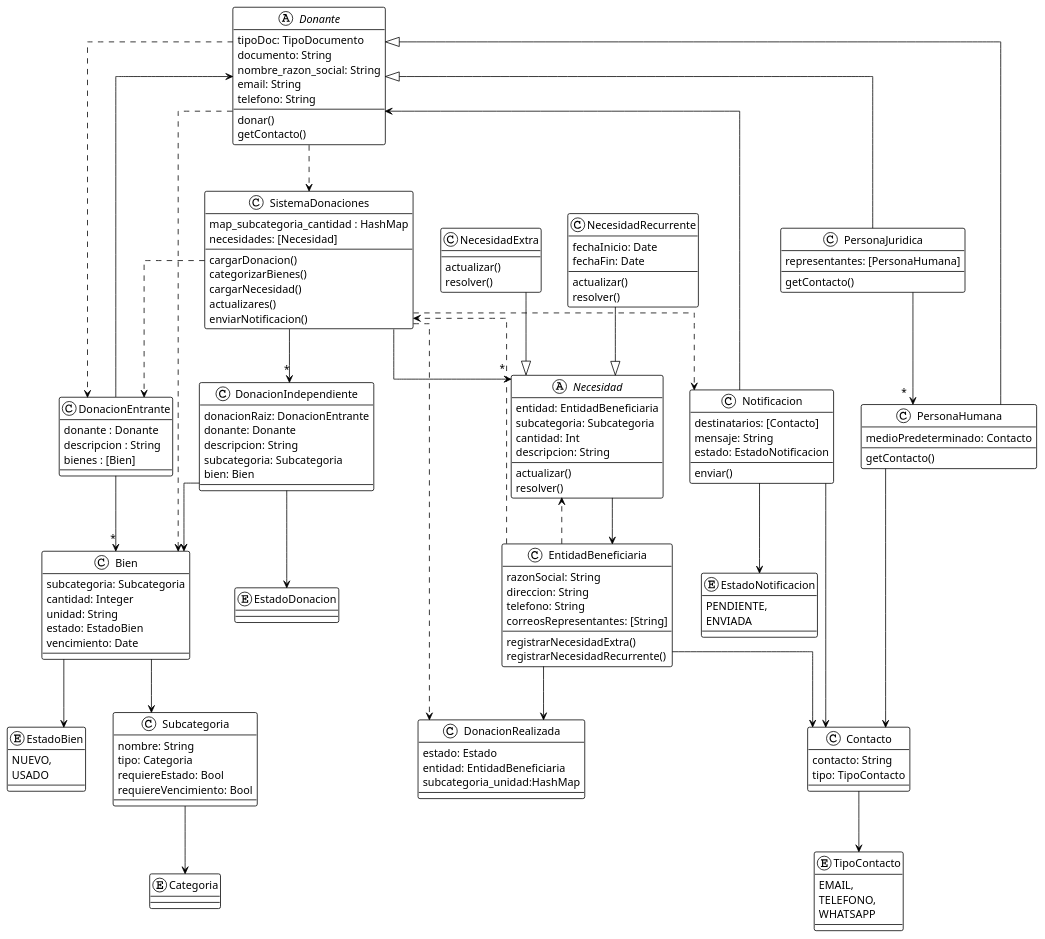
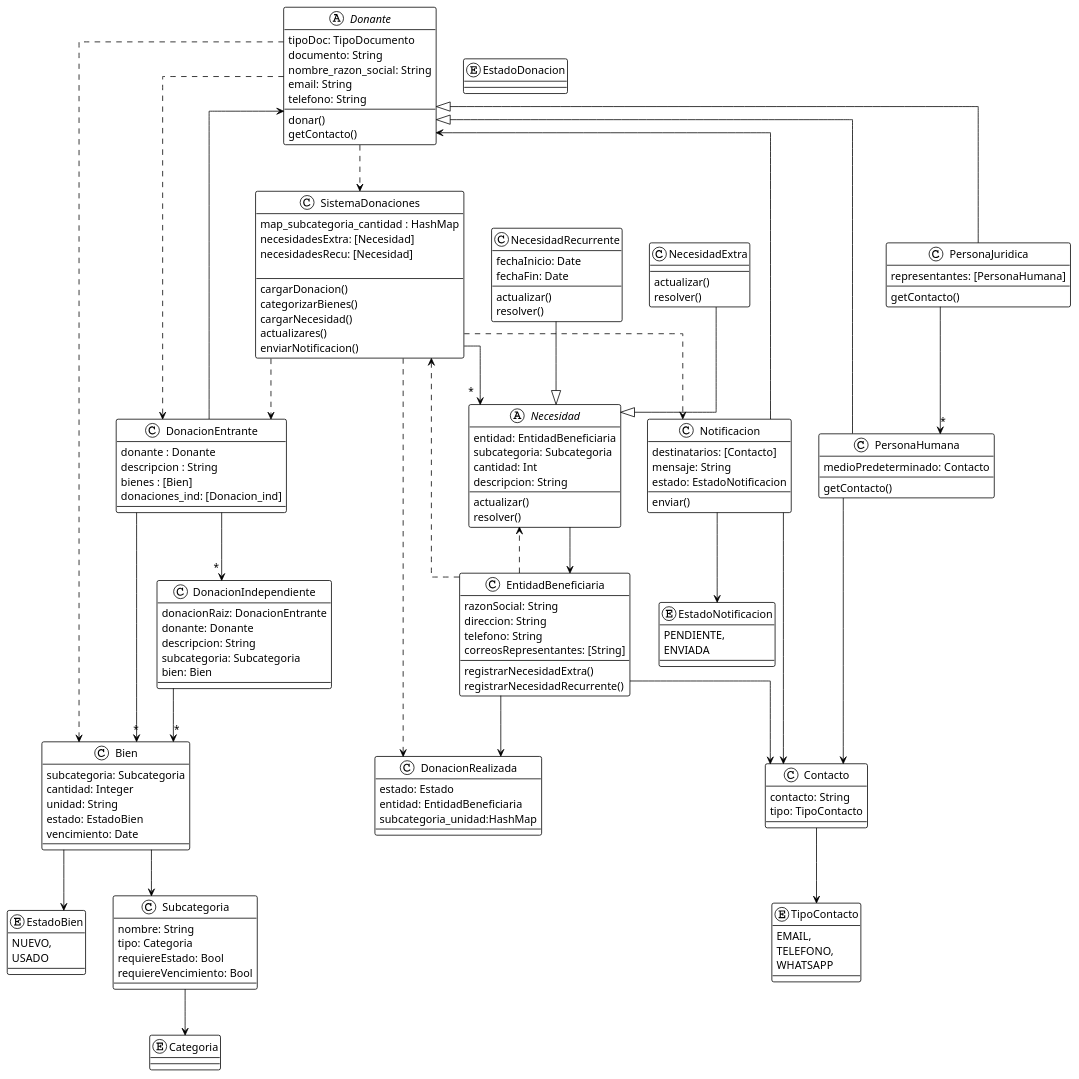
Before and after one commit to santiparis/dona-track: the diagram in diagrama_clases.puml, drawn with PlantUML. The commit also changed 3 other files, not shown here.

Commit message:
Agrego logica de: segmentar a Stock en SistemasDonaciones | Segmentar en donaciones ind. en DonacionEntrante

```diff
--- a/diagrama_clases.puml
+++ b/diagrama_clases.puml
@@ -1,187 +1,191 @@
 @startuml
 !theme plain
 
 skinparam linetype ortho
 
 abstract class Donante{
     tipoDoc: TipoDocumento
     documento: String
     nombre_razon_social: String
     email: String
     telefono: String
     --
     donar()
     getContacto()
 }
 
 class PersonaHumana{
     medioPredeterminado: Contacto
     --
     getContacto()
 }
 
 class PersonaJuridica{
     representantes: [PersonaHumana]
     --
     getContacto()
 }
 
 class Contacto{
     contacto: String
     tipo: TipoContacto
     --
 }
 
 class EntidadBeneficiaria{
     razonSocial: String
     direccion: String
     telefono: String
     correosRepresentantes: [String]
     --
     registrarNecesidadExtra()
     registrarNecesidadRecurrente()
 }
 
 abstract class Necesidad{
     entidad: EntidadBeneficiaria
     subcategoria: Subcategoria
     cantidad: Int
     descripcion: String
     --
     actualizar()
     resolver()
 }
 
 class NecesidadExtra{
     --
     actualizar()
     resolver()
 }
 
 class NecesidadRecurrente{
     fechaInicio: Date
     fechaFin: Date
     --
     actualizar()
     resolver()
 }
 
 class Notificacion{
     destinatarios: [Contacto]
     mensaje: String
     estado: EstadoNotificacion
     --
     enviar()
 }
 
 enum EstadoNotificacion{
     PENDIENTE,
     ENVIADA
 }
 
-'DonacionRecibida del donante
+'DonacionEntrante del donante
 class DonacionEntrante{
     donante : Donante
     descripcion : String
     bienes : [Bien]
+    donaciones_ind: [Donacion_ind]
 }
 
 'Fragentacion de la donacionEntrante
 class DonacionIndependiente{
     donacionRaiz: DonacionEntrante
     donante: Donante
     descripcion: String
     subcategoria: Subcategoria
     bien: Bien
     --
 }
 
-'DonacionRecibida hacia entidades
+'DonacionEntrante hacia entidades
 class DonacionRealizada{
     estado: Estado
     entidad: EntidadBeneficiaria
     subcategoria_unidad:HashMap
 }
 
 enum EstadoDonacion
 
 
 enum TipoContacto{
     EMAIL,
     TELEFONO,
     WHATSAPP
 }
 
 class Subcategoria{
     nombre: String
     tipo: Categoria
     requiereEstado: Bool
     requiereVencimiento: Bool
 }
 
 class Bien{
     subcategoria: Subcategoria
     cantidad: Integer
     unidad: String
     estado: EstadoBien
     vencimiento: Date
 }
 
 enum EstadoBien{
     NUEVO,
     USADO
 }
 
 enum Categoria
 
 
 class SistemaDonaciones{
     map_subcategoria_cantidad : HashMap
-    necesidades: [Necesidad]
+    necesidadesExtra: [Necesidad]
+    necesidadesRecu: [Necesidad]
+
     --
     cargarDonacion()
     categorizarBienes()
     cargarNecesidad()
     actualizares()
     enviarNotificacion()
 }
 
 
 Donante <|-- PersonaJuridica
 Donante <|-- PersonaHumana
 Donante ..> SistemaDonaciones
 Donante ..> DonacionEntrante
 Donante ..> Bien
 PersonaHumana --> Contacto
 Donante <-- DonacionEntrante
 PersonaJuridica --> "*" PersonaHumana
 
 Subcategoria --> Categoria
 Bien --> Subcategoria
 Bien --> EstadoBien
 
-DonacionIndependiente --> EstadoDonacion
+
 DonacionEntrante --> "*" Bien
-DonacionIndependiente --> Bien
+DonacionEntrante --> "*" DonacionIndependiente
+
+DonacionIndependiente --> "*" Bien
 
 SistemaDonaciones ..> DonacionEntrante
-SistemaDonaciones --> "*" DonacionIndependiente
 SistemaDonaciones --> "*" Necesidad
 SistemaDonaciones ..> Notificacion
 SistemaDonaciones ..> DonacionRealizada
 
 EntidadBeneficiaria ..> SistemaDonaciones
 EntidadBeneficiaria ..> Necesidad
 EntidadBeneficiaria --> Contacto
 EntidadBeneficiaria --> DonacionRealizada
 
 NecesidadExtra --|> Necesidad
 NecesidadRecurrente --|> Necesidad
 Necesidad --> EntidadBeneficiaria
 
 Notificacion --> Donante
 Notificacion --> EstadoNotificacion
 Notificacion --> Contacto
 Contacto --> TipoContacto
 
 @enduml
```
